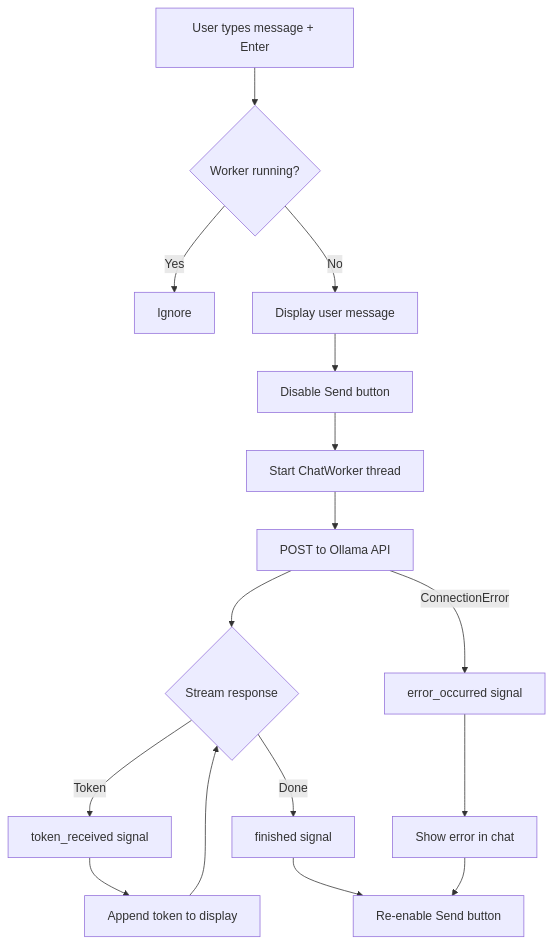
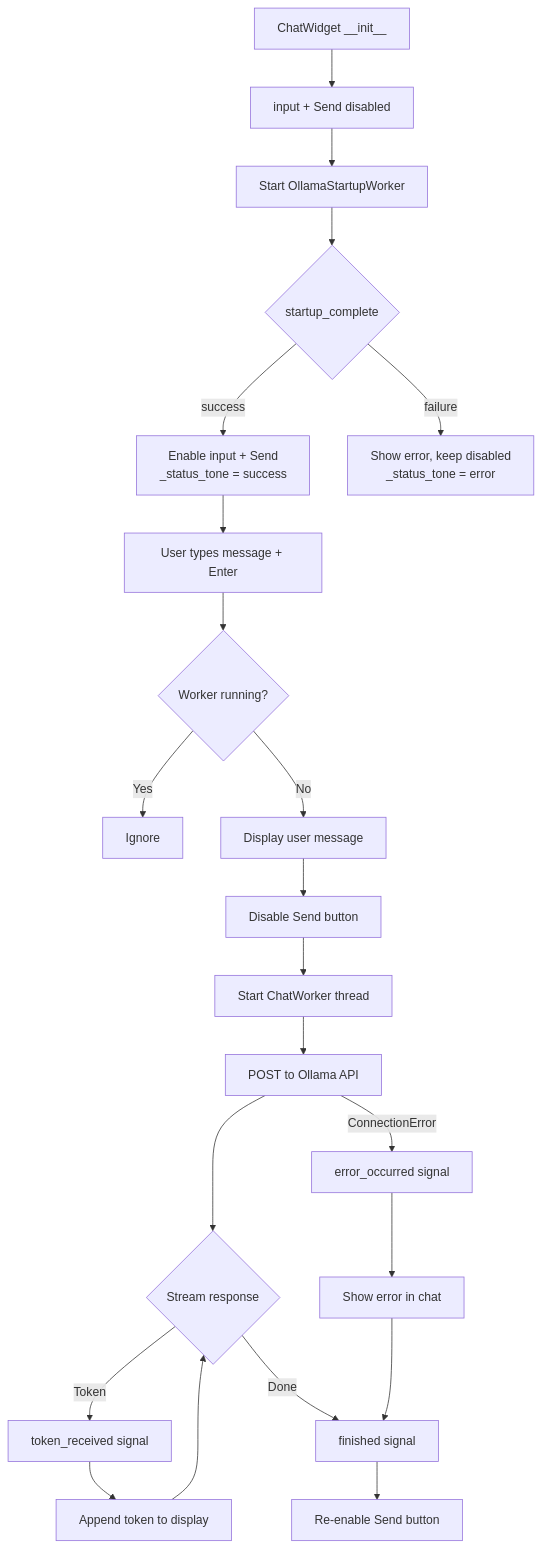
One commit to Mr-Robotiko/Gilfi changed the fifth of 5 diagrams in src/frontend/README.md. Above: the diagram before and after it, drawn with Mermaid. The commit also changed other lines of this file and 69 other files, not shown here.

````diff
--- a/src/frontend/README.md
+++ b/src/frontend/README.md
@@ -323,18 +496,27 @@
 ```mermaid
 flowchart TD
-    A[User types message + Enter] --> B{Worker running?}
+    %% Init phase: Ollama bootstrap
+    Z0[ChatWidget __init__] --> Z1[input + Send disabled]
+    Z1 --> Z2[Start OllamaStartupWorker]
+    Z2 --> Z3{startup_complete}
+    Z3 -- success --> Z4[Enable input + Send<br/>_status_tone = success]
+    Z3 -- failure --> Z5[Show error, keep disabled<br/>_status_tone = error]
+
+    %% Runtime: per message
+    Z4 --> A[User types message + Enter]
+    A --> B{Worker running?}
     B -- Yes --> C[Ignore]
     B -- No --> D[Display user message]
     D --> E[Disable Send button]
     E --> F[Start ChatWorker thread]
     F --> G[POST to Ollama API]
     G --> H{Stream response}
     H -- Token --> I[token_received signal]
     I --> J[Append token to display]
     J --> H
     H -- Done --> K[finished signal]
-    K --> L[Re-enable Send button]
     G -- ConnectionError --> M[error_occurred signal]
     M --> N[Show error in chat]
-    N --> L
+    N --> K
+    K --> L[Re-enable Send button]
 ```
````
